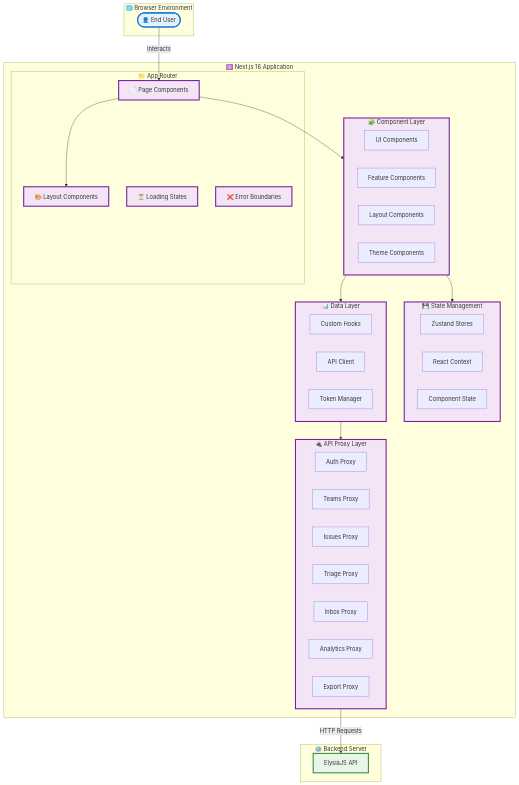
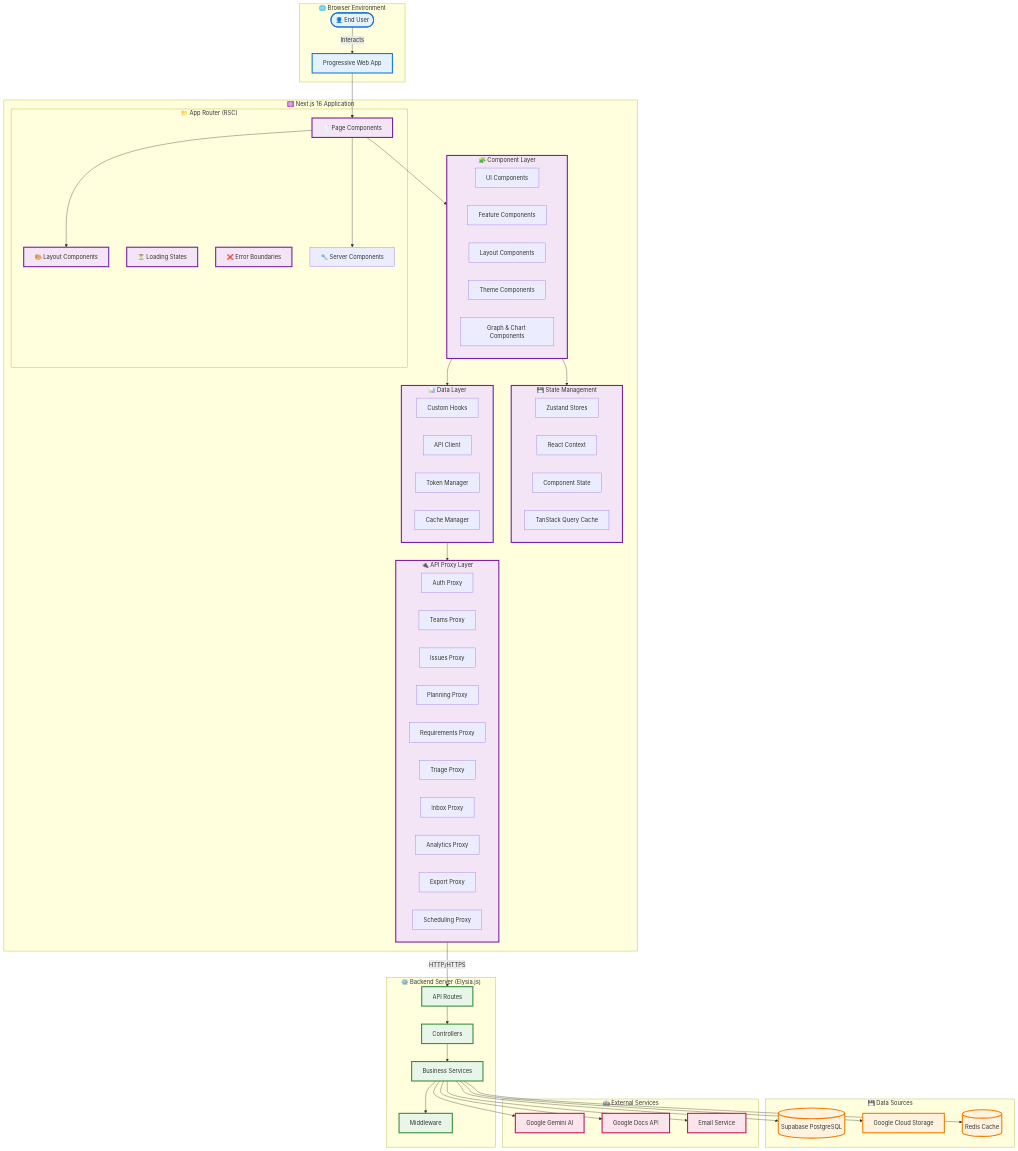
Before and after one commit to amertarva/amertask: the first of 27 diagrams in apps/web/ARCHITECTURE.md, drawn with Mermaid. The commit also changed other lines of this file and 150 other files, not shown here.

Commit message:
feat: implement comprehensive dashboard for requirements, SRS, planning, and Google Docs integration with full-stack support.

````diff
--- a/apps/web/ARCHITECTURE.md
+++ b/apps/web/ARCHITECTURE.md
@@ -12,14 +14,16 @@
 graph TB
     subgraph Browser["🌐 Browser Environment"]
         User([👤 End User])
+        PWA[Progressive Web App]
     end
 
     subgraph NextJS["⚛️ Next.js 16 Application"]
-        subgraph AppRouter["📁 App Router"]
+        subgraph AppRouter["📁 App Router (RSC)"]
             Pages[📄 Page Components]
             Layouts[🎨 Layout Components]
             Loading[⏳ Loading States]
             Error[❌ Error Boundaries]
+            ServerComponents[🔧 Server Components]
         end
 
         subgraph Components["🧩 Component Layer"]
@@ -27,48 +31,84 @@
             FeatureComponents[Feature Components]
             LayoutComponents[Layout Components]
             ThemeComponents[Theme Components]
+            GraphComponents[Graph & Chart Components]
         end
 
         subgraph StateManagement["💾 State Management"]
             ZustandStores[Zustand Stores]
             ReactContext[React Context]
             LocalState[Component State]
+            QueryCache[TanStack Query Cache]
         end
 
         subgraph DataLayer["📊 Data Layer"]
             CustomHooks[Custom Hooks]
             APIClient[API Client]
             TokenManager[Token Manager]
+            CacheManager[Cache Manager]
         end
 
         subgraph APIProxy["🔌 API Proxy Layer"]
             AuthProxy[Auth Proxy]
             TeamsProxy[Teams Proxy]
             IssuesProxy[Issues Proxy]
+            PlanningProxy[Planning Proxy]
+            RequirementsProxy[Requirements Proxy]
             TriageProxy[Triage Proxy]
             InboxProxy[Inbox Proxy]
             AnalyticsProxy[Analytics Proxy]
             ExportProxy[Export Proxy]
+            SchedulingProxy[Scheduling Proxy]
         end
     end
 
-    subgraph Backend["⚙️ Backend Server"]
-        ElysiaJS[ElysiaJS API]
+    subgraph Backend["⚙️ Backend Server (Elysia.js)"]
+        Routes[API Routes]
+        Controllers[Controllers]
+        Services[Business Services]
+        Middleware[Middleware]
     end
 
-    User -->|Interacts| Pages
+    subgraph DataSources["💾 Data Sources"]
+        PostgreSQL[(Supabase PostgreSQL)]
+        CloudStorage[Google Cloud Storage]
+        RedisCache[(Redis Cache)]
+    end
+
+    subgraph ExternalAPIs["🤖 External Services"]
+        GeminiAI[Google Gemini AI]
+        GoogleDocs[Google Docs API]
+        EmailService[Email Service]
+    end
+
+    User -->|Interacts| PWA
+    PWA --> Pages
     Pages --> Layouts
+    Pages --> ServerComponents
     Pages --> Components
     Components --> StateManagement
     Components --> DataLayer
     DataLayer --> APIProxy
-    APIProxy -->|HTTP Requests| ElysiaJS
+    APIProxy -->|HTTP/HTTPS| Routes
+    Routes --> Controllers
+    Controllers --> Services
+    Services --> Middleware
+    Services --> PostgreSQL
+    Services --> CloudStorage
+    Services --> RedisCache
+    Services --> GeminiAI
+    Services --> GoogleDocs
+    Services --> EmailService
 
     classDef browser fill:#e3f2fd,stroke:#1976d2,stroke-width:3px
     classDef nextjs fill:#f3e5f5,stroke:#7b1fa2,stroke-width:3px
     classDef backend fill:#e8f5e9,stroke:#388e3c,stroke-width:3px
+    classDef data fill:#fff3e0,stroke:#f57c00,stroke-width:3px
+    classDef external fill:#fce4ec,stroke:#c2185b,stroke-width:3px
 
-    class User browser
+    class User,PWA browser
     class Pages,Layouts,Loading,Error,Components,StateManagement,DataLayer,APIProxy nextjs
-    class ElysiaJS backend
+    class Routes,Controllers,Services,Middleware backend
+    class PostgreSQL,CloudStorage,RedisCache data
+    class GeminiAI,GoogleDocs,EmailService external
 ```
````
